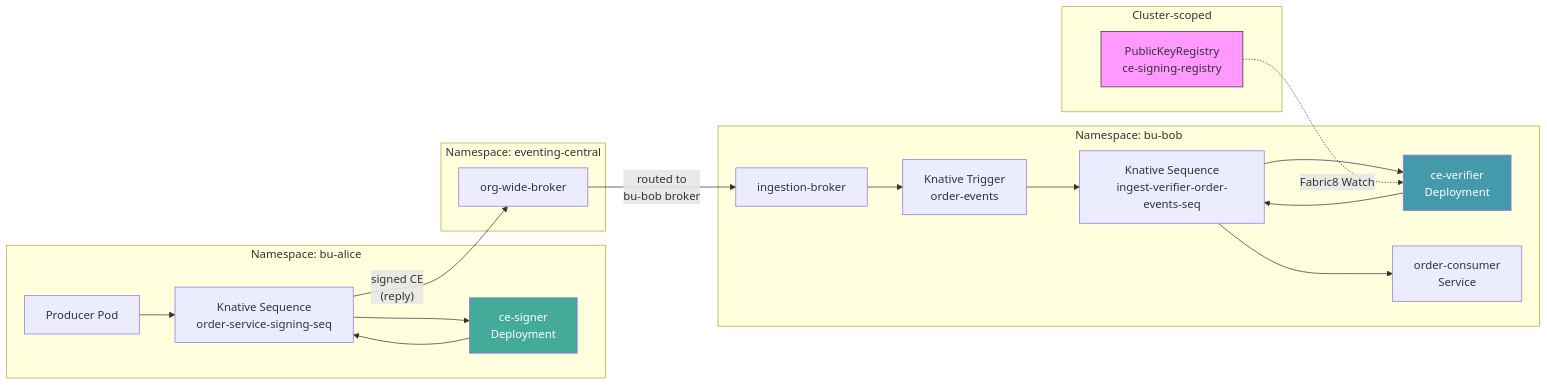
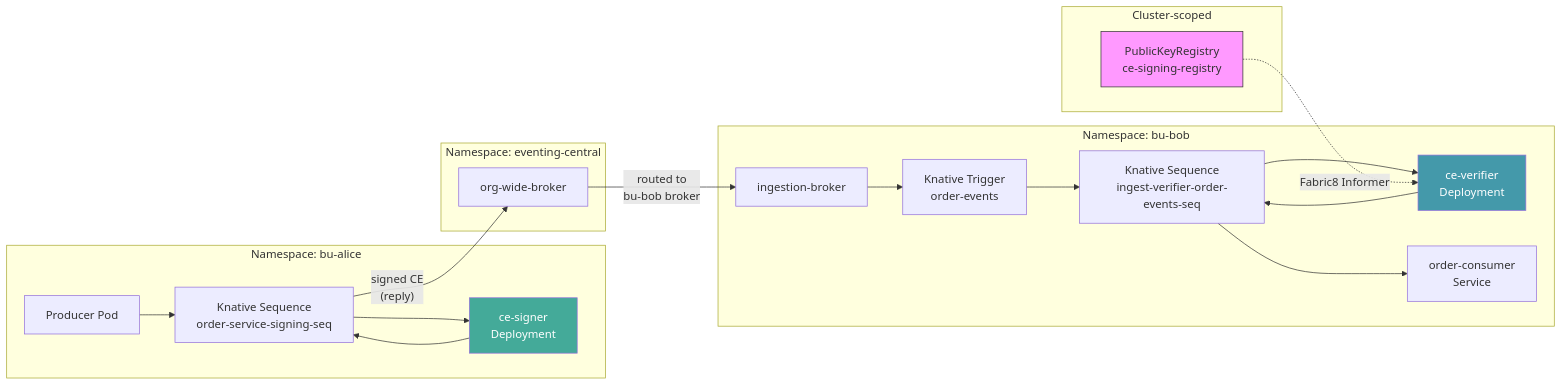
One commit to nrrso/eventing-signing-operator changed the ninth of 10 diagrams in docs/FLOWCHART.md. Above: the diagram before and after it, drawn with Mermaid. The commit also changed other lines of this file, not shown here.

First line of the commit message:
chore(docs): update FLOWCHART.md for current state and add UC2 federation scenario

````diff
--- a/docs/FLOWCHART.md
+++ b/docs/FLOWCHART.md
@@ -183,33 +232,33 @@
 ```mermaid
 flowchart LR
     subgraph bu-alice [Namespace: bu-alice]
         A1[Producer Pod] --> A2[Knative Sequence<br/>order-service-signing-seq]
         A2 --> A3[ce-signer<br/>Deployment]
         A3 --> A2
     end
 
     subgraph central [Namespace: eventing-central]
         B1[org-wide-broker]
     end
 
     subgraph bu-bob [Namespace: bu-bob]
         C0[ingestion-broker] --> C1[Knative Trigger<br/>order-events]
         C1 --> C2[Knative Sequence<br/>ingest-verifier-order-events-seq]
         C2 --> C3[ce-verifier<br/>Deployment]
         C3 --> C2
         C2 --> C4[order-consumer<br/>Service]
     end
 
     A2 -- "signed CE<br/>(reply)" --> B1
     B1 -- "routed to<br/>bu-bob broker" --> C0
 
     subgraph cluster [Cluster-scoped]
         R[PublicKeyRegistry<br/>ce-signing-registry]
     end
 
-    R -. "Fabric8 Watch" .-> C3
+    R -. "Fabric8 Informer" .-> C3
 
     style A3 fill:#4a9,color:#fff
     style C3 fill:#49a,color:#fff
     style R fill:#f9f,stroke:#333
 ```
````
